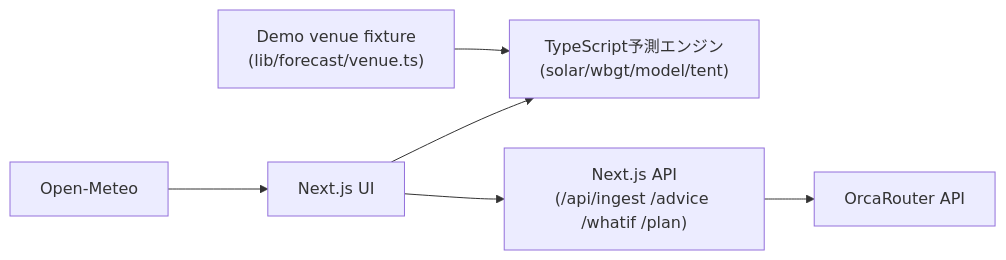
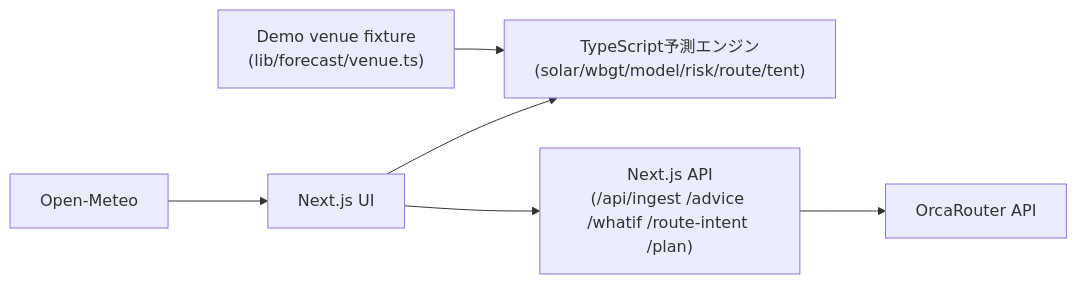
The diagram in TECH_STACK.md (a2239154301-coder/crowd-weather), drawn with Mermaid before and after one commit. The commit also changed other lines of this file, not shown here.

````diff
--- a/TECH_STACK.md
+++ b/TECH_STACK.md
@@ -53,8 +59,8 @@
 ```mermaid
 flowchart LR
-  A["Next.js UI"] --> B["TypeScript予測エンジン<br/>(solar/wbgt/model/tent)"]
-  A --> C["Next.js API<br/>(/api/ingest /advice /whatif /plan)"]
+  A["Next.js UI"] --> B["TypeScript予測エンジン<br/>(solar/wbgt/model/risk/route/tent)"]
+  A --> C["Next.js API<br/>(/api/ingest /advice /whatif /route-intent /plan)"]
   C --> D["OrcaRouter API"]
   E["Open-Meteo"] --> A
   F["Demo venue fixture<br/>(lib/forecast/venue.ts)"] --> B
 ```
````
